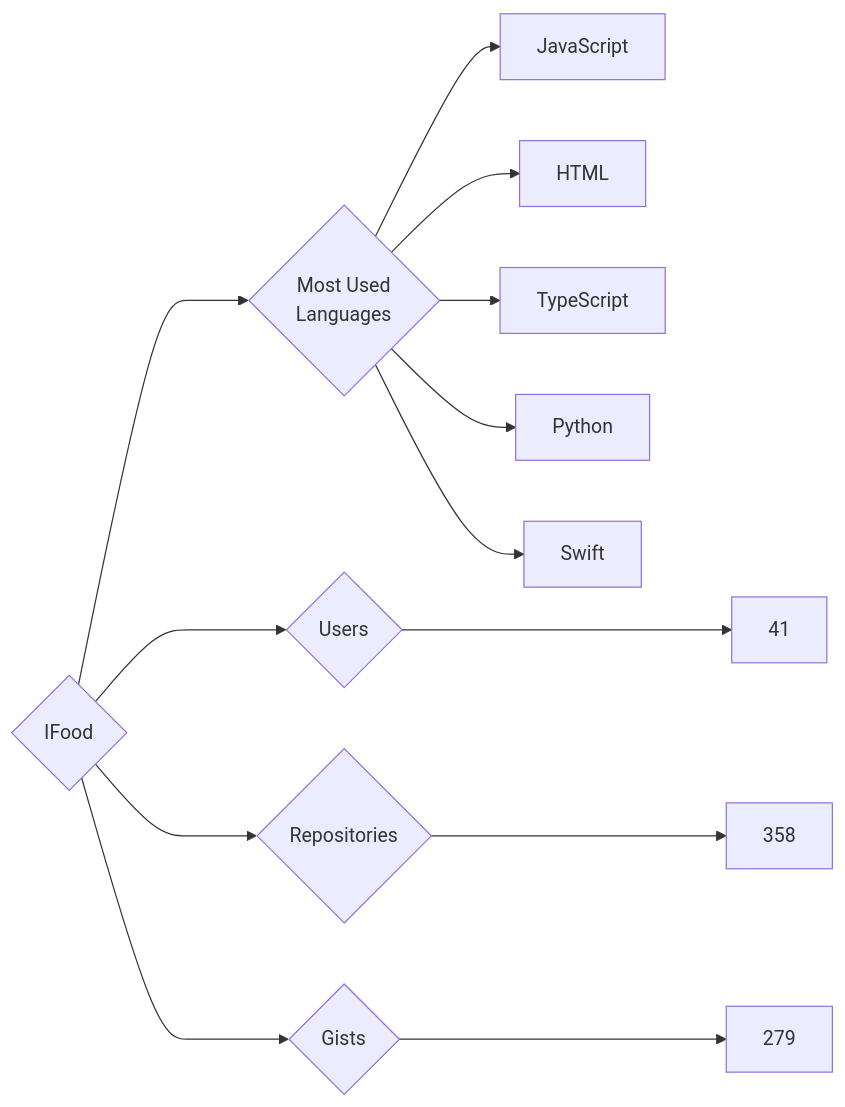
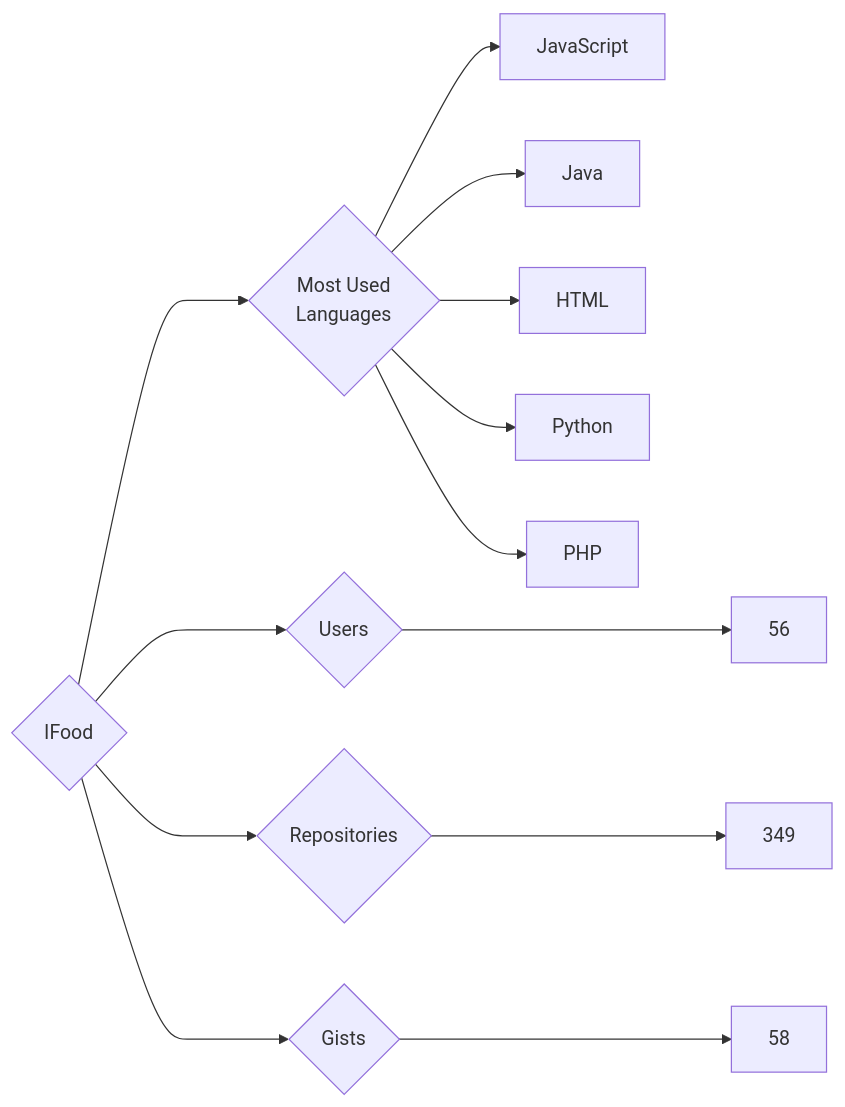
One commit to trickest/insiders changed the diagram in targets/IFood/README.md. Above: the diagram before and after it, drawn with Mermaid. The commit also changed 845 other files, not shown here.

````diff
--- a/targets/IFood/README.md
+++ b/targets/IFood/README.md
@@ -3,13 +3,13 @@
 ```mermaid
 graph LR
 COMPANY_NAME{IFood}
-COMPANY_NAME ---> U{Users} ---> UN[41]
-COMPANY_NAME ---> R{Repositories} ---> RN[358]
-COMPANY_NAME ---> G{Gists} ---> GN[279]
+COMPANY_NAME ---> U{Users} ---> UN[56]
+COMPANY_NAME ---> R{Repositories} ---> RN[349]
+COMPANY_NAME ---> G{Gists} ---> GN[58]
 COMPANY_NAME ---> ML{Most Used<br>Languages}
 ML --> JavaScript[JavaScript]
+ML --> Java[Java]
 ML --> HTML[HTML]
-ML --> TypeScript[TypeScript]
 ML --> Python[Python]
-ML --> Swift[Swift]
+ML --> PHP[PHP]
 ```
````
